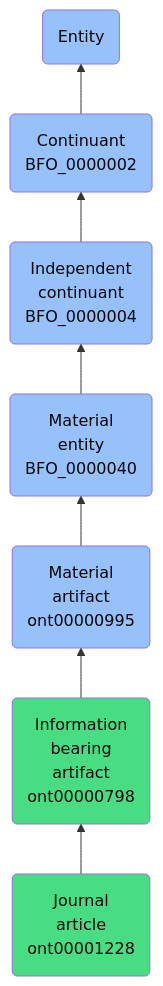
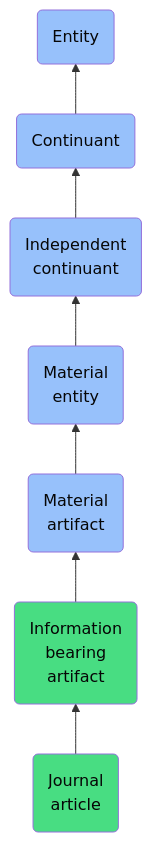
The diagram in docs/ontology/reference/model/Entity/Continuant/Independent continuant/Material entity/Material artifact/Information bearing artifact/Journal article/Journal article.md (jupyter-naas/abi), drawn with Mermaid before and after one commit. The commit also changed other lines of this file and 1430 other files, not shown here.

````diff
--- a/docs/ontology/reference/model/Entity/Continuant/Independent continuant/Material entity/Material artifact/Information bearing artifact/Journal article/Journal article.md
+++ b/docs/ontology/reference/model/Entity/Continuant/Independent continuant/Material entity/Material artifact/Information bearing artifact/Journal article/Journal article.md
@@ -24,14 +24,14 @@
 ```mermaid
 graph BT
-    ont00001228(Journal<br>article<br>ont00001228):::ABI-->ont00000798
-    ont00000798(Information<br>bearing<br>artifact<br>ont00000798):::ABI-->ont00000995
-    ont00000995(Material<br>artifact<br>ont00000995):::BFO-->BFO_0000040
-    BFO_0000040(Material<br>entity<br>BFO_0000040):::BFO-->BFO_0000004
-    BFO_0000004(Independent<br>continuant<br>BFO_0000004):::BFO-->BFO_0000002
-    BFO_0000002(Continuant<br>BFO_0000002):::BFO-->BFO_0000001
+    ont00001228(Journal<br>article):::ABI-->ont00000798
+    ont00000798(Information<br>bearing<br>artifact):::ABI-->ont00000995
+    ont00000995(Material<br>artifact):::BFO-->BFO_0000040
+    BFO_0000040(Material<br>entity):::BFO-->BFO_0000004
+    BFO_0000004(Independent<br>continuant):::BFO-->BFO_0000002
+    BFO_0000002(Continuant):::BFO-->BFO_0000001
     BFO_0000001(Entity):::BFO
     
     classDef BFO fill:#97c1fb,color:#060606
     classDef CCO fill:#e4c51e,color:#060606
     classDef ABI fill:#48DD82,color:#060606
 ```
````
